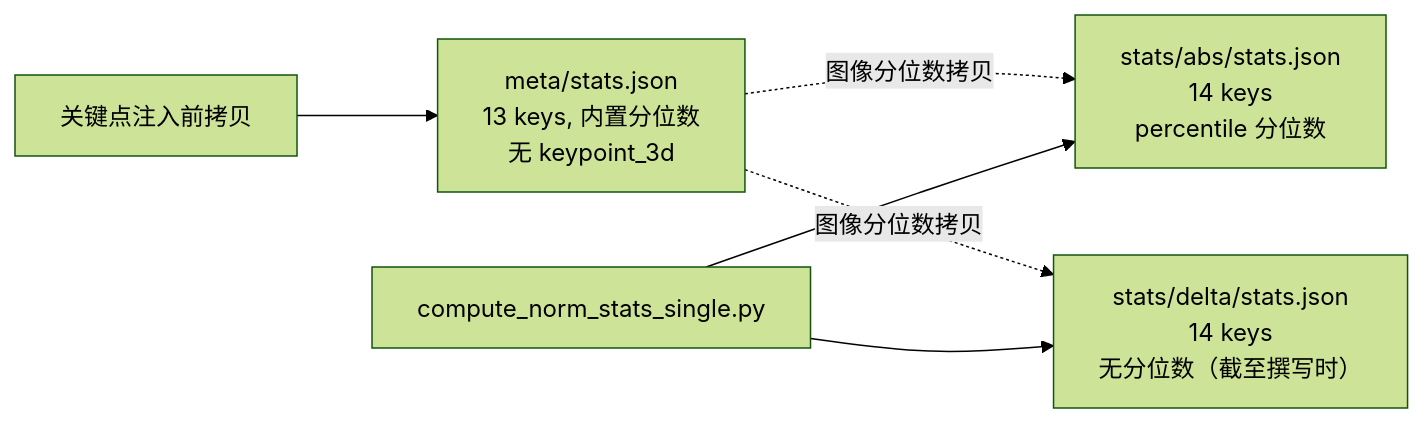
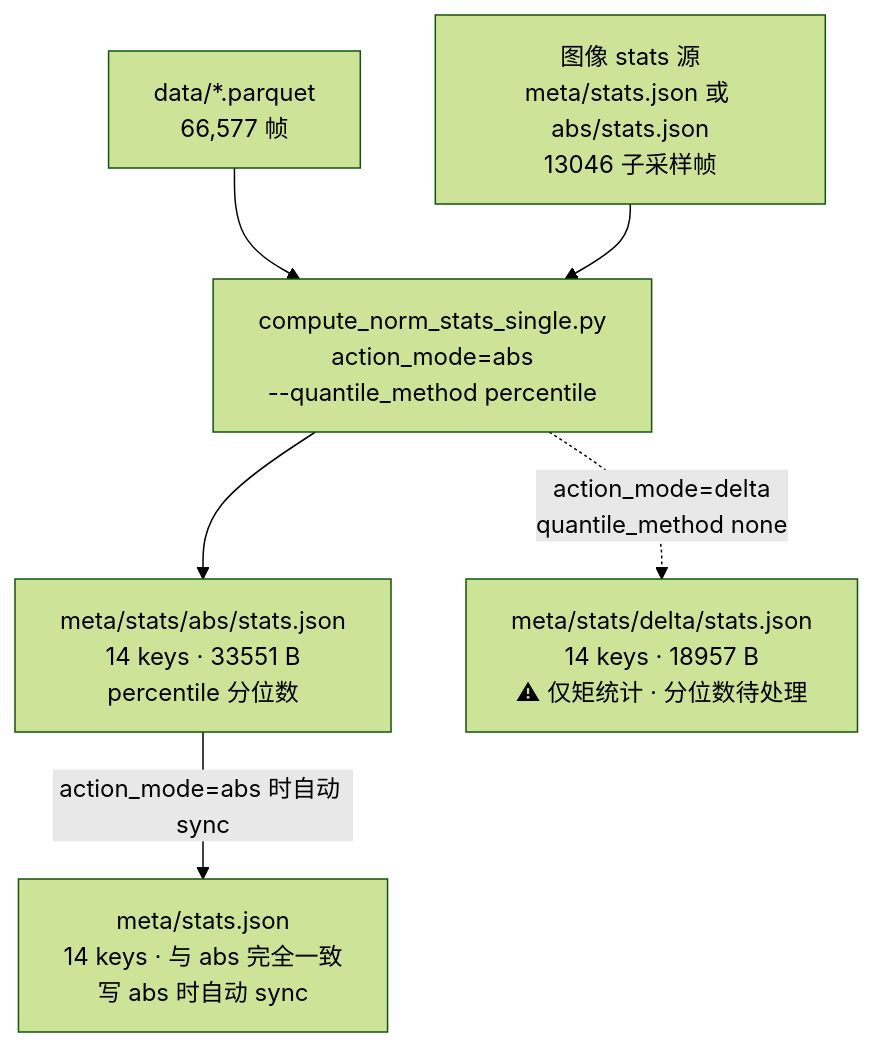
One commit to lgautel/InternVLA-A-series changed the second of 4 diagrams in b/d/Frk/plug_data_stats.md. Above: the diagram before and after it, drawn with Mermaid (forest theme). The commit also changed other lines of this file and 18 other files, not shown here.

````diff
--- a/b/d/Frk/plug_data_stats.md
+++ b/b/d/Frk/plug_data_stats.md
@@ -263,12 +265,15 @@
 ```mermaid
-flowchart LR
-    META["meta/stats.json<br/>13 keys, 内置分位数<br/>无 keypoint_3d"]
-    ABS["stats/abs/stats.json<br/>14 keys<br/>percentile 分位数"]
-    DELTA["stats/delta/stats.json<br/>14 keys<br/>无分位数（截至撰写时）"]
+flowchart TB
+    PARQUET["data/*.parquet<br/>66,577 帧"]
+    SCRIPT["compute_norm_stats_single.py<br/>action_mode=abs<br/>--quantile_method percentile"]
+    VIS["图像 stats 源<br/>meta/stats.json 或 abs/stats.json<br/>13046 子采样帧"]
+    ABS["meta/stats/abs/stats.json<br/>14 keys · 33551 B<br/>percentile 分位数"]
+    META["meta/stats.json<br/>14 keys · 与 abs 完全一致<br/>写 abs 时自动 sync"]
+    DELTA["meta/stats/delta/stats.json<br/>14 keys · 18957 B<br/>⚠ 仅矩统计 · 分位数待处理"]
 
-    META -.->|"图像分位数拷贝"| ABS
-    META -.->|"图像分位数拷贝"| DELTA
-    COMPUTE["compute_norm_stats_single.py"] --> ABS
-    COMPUTE --> DELTA
-    COPY["关键点注入前拷贝"] --> META
+    PARQUET --> SCRIPT
+    VIS --> SCRIPT
+    SCRIPT --> ABS
+    ABS -->|"action_mode=abs 时自动 sync"| META
+    SCRIPT -.->|"action_mode=delta<br/>quantile_method none"| DELTA
 ```
````
